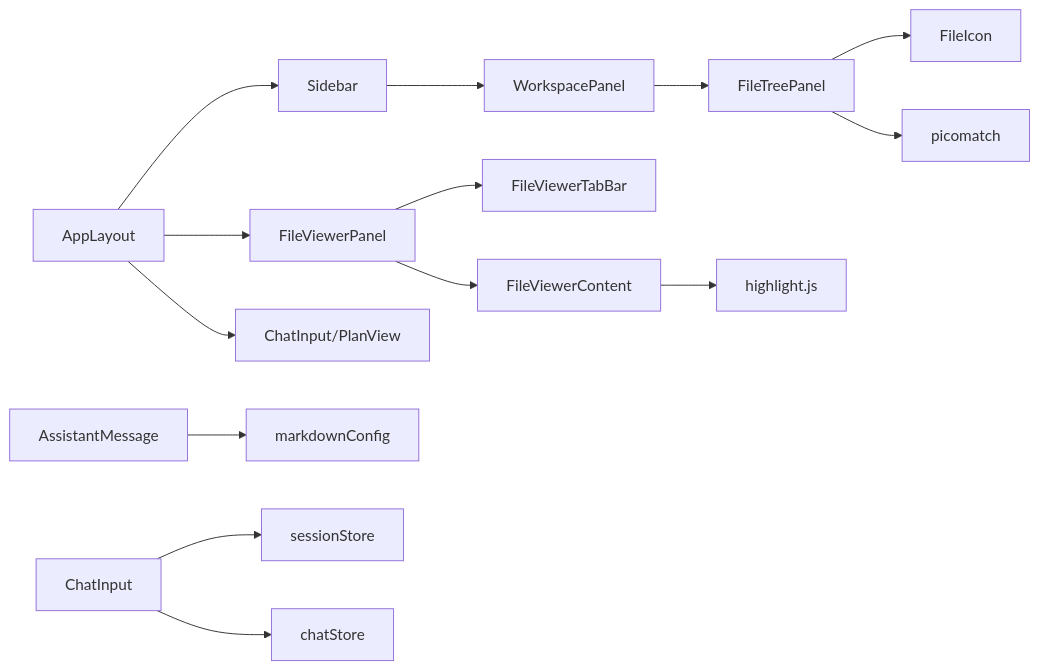
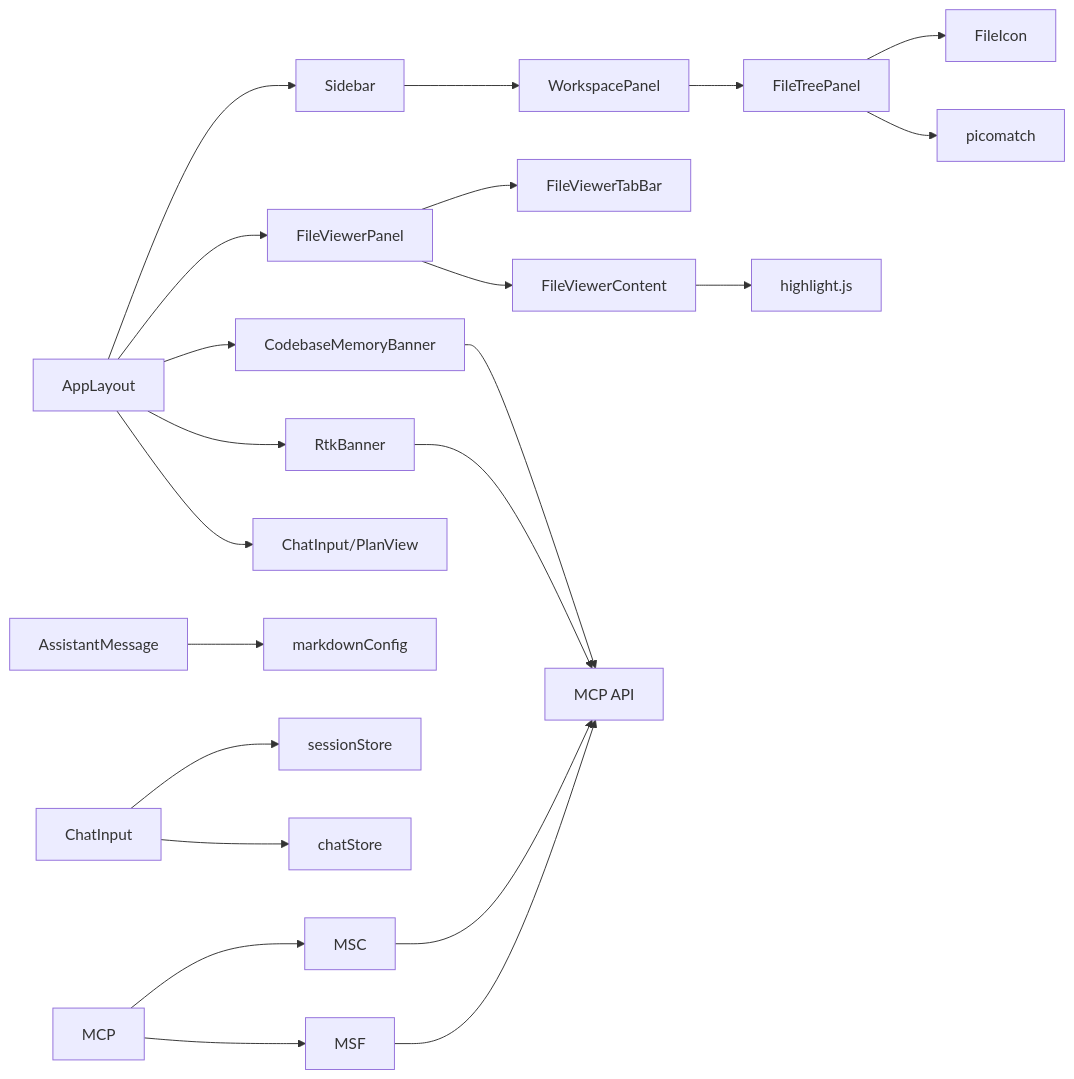
The sixth of 6 diagrams in .qoder/repowiki/en/content/Frontend Application/UI Components/UI Components.md (v0lka/c0wrk), drawn with Mermaid before and after one commit. The commit also changed other lines of this file and 13 other files, not shown here.

````diff
--- a/.qoder/repowiki/en/content/Frontend Application/UI Components/UI Components.md
+++ b/.qoder/repowiki/en/content/Frontend Application/UI Components/UI Components.md
@@ -484,16 +711,24 @@
 ```mermaid
 graph LR
 AL["AppLayout"] --> SB["Sidebar"]
 AL --> FVP["FileViewerPanel"]
+AL --> CMB["CodebaseMemoryBanner"]
+AL --> RTKB["RtkBanner"]
 AL --> CHAT["ChatInput/PlanView"]
 SB --> WP["WorkspacePanel"]
 WP --> FTP["FileTreePanel"]
 FVP --> FVTB["FileViewerTabBar"]
 FVP --> FVC["FileViewerContent"]
 FTP --> FI["FileIcon"]
 AM["AssistantMessage"] --> MC["markdownConfig"]
 CI["ChatInput"] --> SS["sessionStore"]
 CI --> CS["chatStore"]
 FVC --> HL["highlight.js"]
 FTP --> PM["picomatch"]
+CMB --> MCF["MCP API"]
+RTKB --> MCF
+MSC --> MCF
+MSF --> MCF
+MCP --> MSC
+MCP --> MSF
 ```
````
